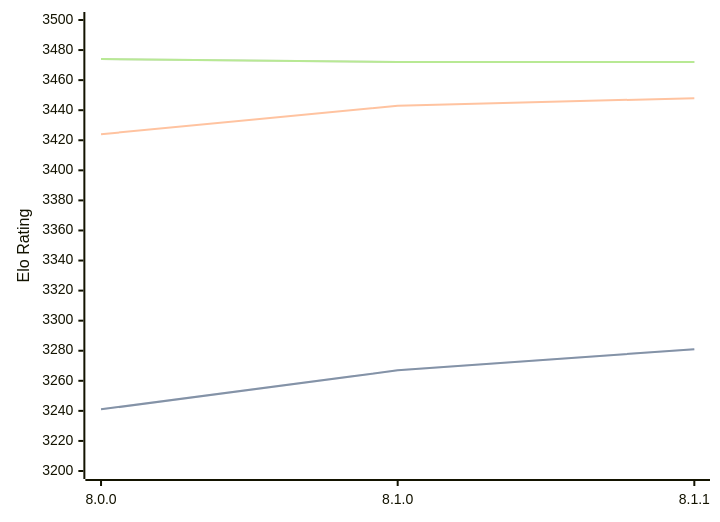
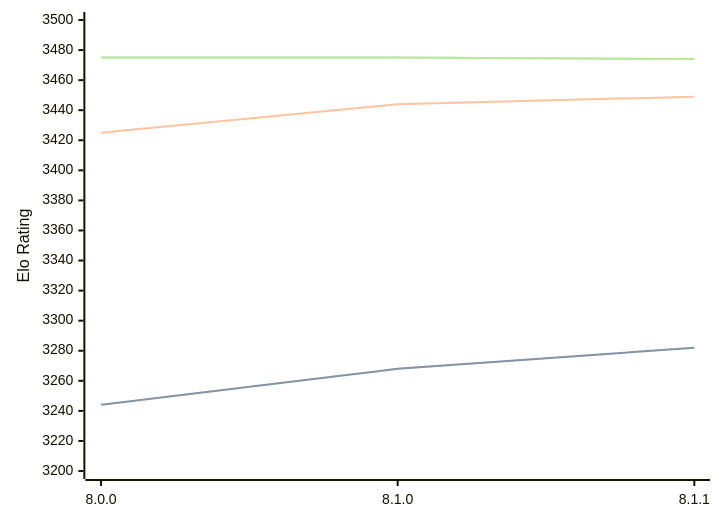
The diagram in engines/Velvet.md (computer-chess-index/cci), drawn with Mermaid before and after one commit. The commit also changed other lines of this file, not shown here.

Commit message:
Update CCI Ratings (ELO VLTC) - 2026-09-01

````diff
--- a/engines/Velvet.md
+++ b/engines/Velvet.md
@@ -33,11 +33,11 @@
 ```mermaid
 %%{init: {"theme":"base","themeVariables":{"seriesColors:['#a3a3a3','#222221','#faa371']}}}%%
 xychart-beta
   x-axis ["8.0.0", "8.1.0", "8.1.1"]
   y-axis "Elo Rating" 3200 --> 3500
-  line "" [3241, 3267, 3281]
-  line "STC (8.0+0.08s)" [3241, 3267, 3281]
-  line "LTC (60.0+0.60s)" [3424, 3443, 3448]
-  line "" [3474, 3472, 3472]
-  line "VLTC (2m24s+1.12s)" [3474, 3472, 3472]
+  line "" [3244, 3268, 3282]
+  line "STC (8.0+0.08s)" [3244, 3268, 3282]
+  line "LTC (60.0+0.60s)" [3425, 3444, 3449]
+  line "" [3475, 3475, 3474]
+  line "VLTC (2m24s+1.12s)" [3475, 3475, 3474]
 ```
````
